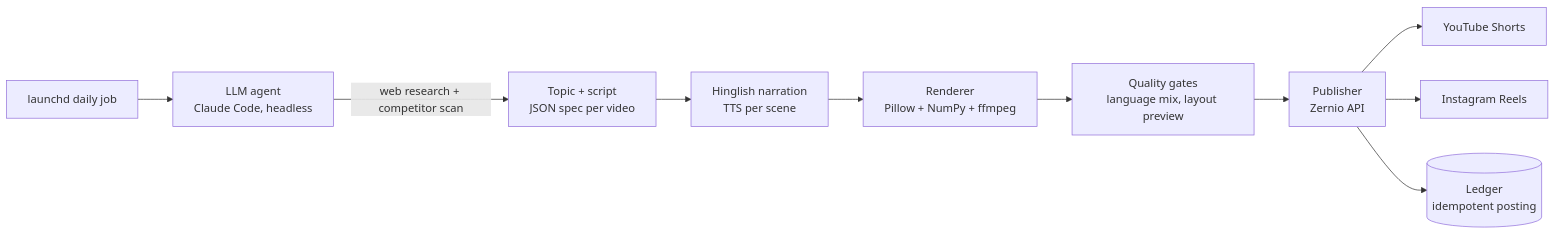
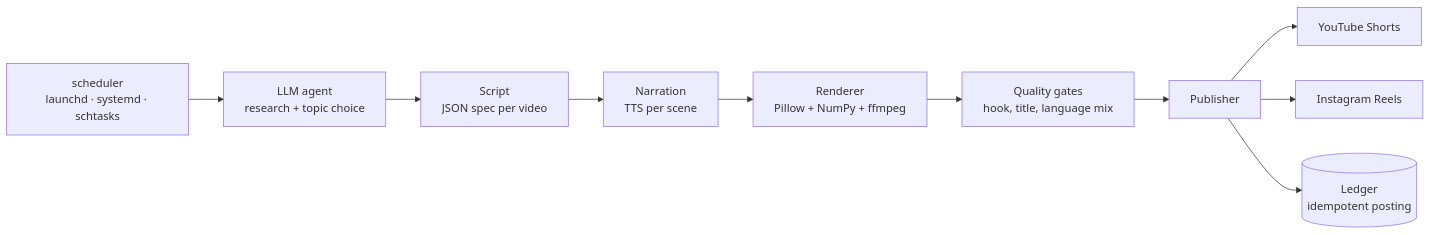
The diagram in README.md (Nexlore-AI/CreatorOS-Autopilot), drawn with Mermaid before and after one commit. The commit also changed other lines of this file and 45 other files, not shown here.

````diff
--- a/README.md
+++ b/README.md
@@ -9,12 +35,12 @@
 ```mermaid
 flowchart LR
-    A[launchd daily job] --> B[LLM agent<br/>Claude Code, headless]
-    B -->|web research + competitor scan| C[Topic + script<br/>JSON spec per video]
-    C --> D[Hinglish narration<br/>TTS per scene]
+    A[scheduler<br/>launchd · systemd · schtasks] --> B[LLM agent<br/>research + topic choice]
+    B --> C[Script<br/>JSON spec per video]
+    C --> D[Narration<br/>TTS per scene]
     D --> E[Renderer<br/>Pillow + NumPy + ffmpeg]
-    E --> F[Quality gates<br/>language mix, layout preview]
-    F --> G[Publisher<br/>Zernio API]
+    E --> F[Quality gates<br/>hook, title, language mix]
+    F --> G[Publisher]
     G --> H[YouTube Shorts]
     G --> I[Instagram Reels]
     G --> J[(Ledger<br/>idempotent posting)]
 ```
````
